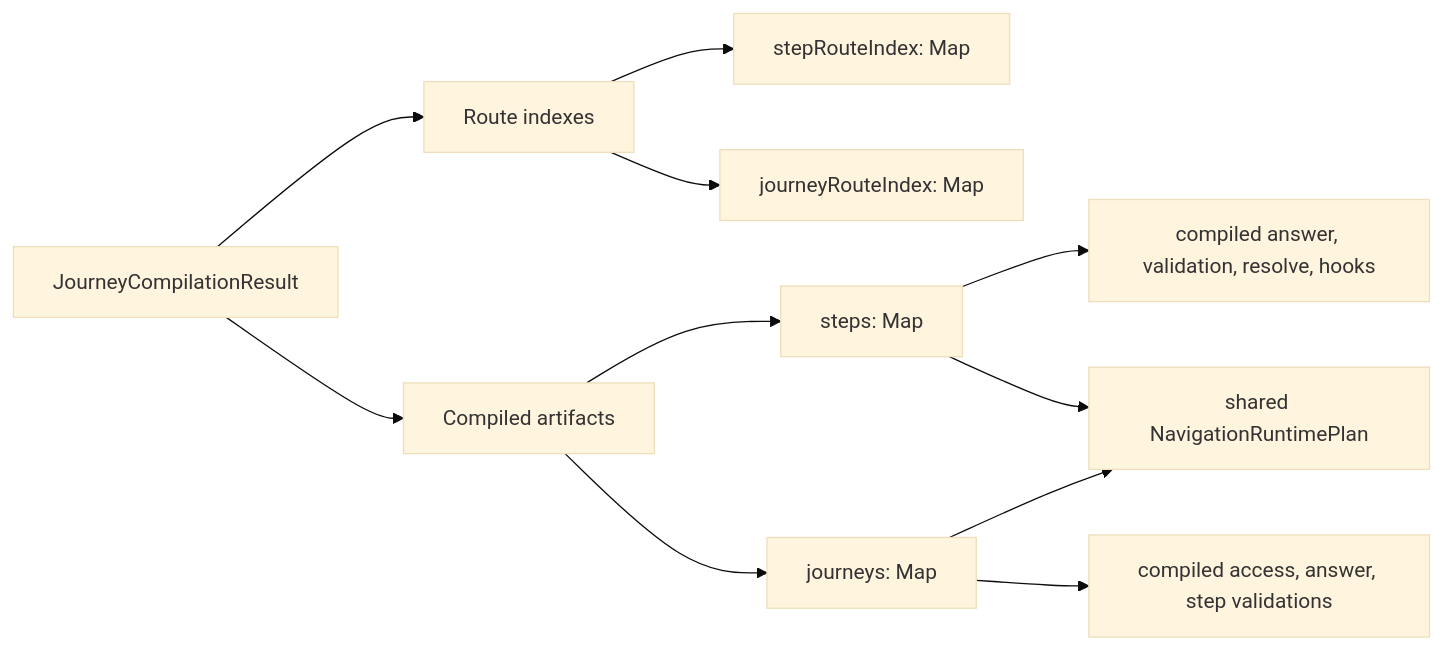
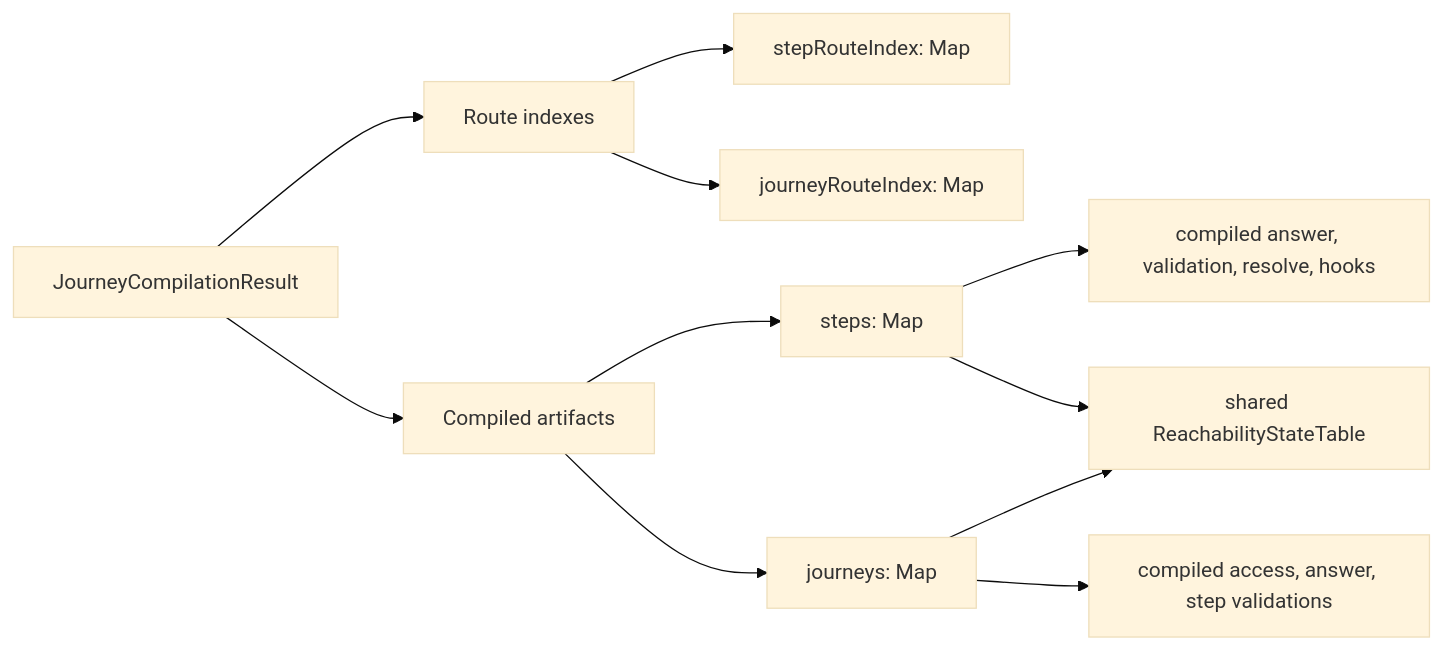
Before and after one commit to ministryofjustice/hmpps-forge: the second of 2 diagrams in packages/forge-core/src/engine/compilation/README.md, drawn with Mermaid (base theme). The commit also changed 23 other files, not shown here.

Commit message:
Replace `NavigationRuntimePlan` carrier with a pure `ReachabilityStateTable`

````diff
--- a/packages/forge-core/src/engine/compilation/README.md
+++ b/packages/forge-core/src/engine/compilation/README.md
@@ -95,13 +95,13 @@
 ```mermaid
 flowchart LR
   result["JourneyCompilationResult"] --> routeIndexes["Route indexes"]
   result --> compiledArtifacts["Compiled artifacts"]
   routeIndexes --> stepRouteIndex["stepRouteIndex: Map<NodeId, StepRouteDescriptor>"]
   routeIndexes --> journeyRouteIndex["journeyRouteIndex: Map<NodeId, JourneyRouteDescriptor>"]
   compiledArtifacts --> steps["steps: Map<NodeId, CompiledStep>"]
   compiledArtifacts --> journeys["journeys: Map<NodeId, CompiledJourney>"]
   steps --> stepFunctions["compiled answer, validation, resolve, hooks"]
   journeys --> journeyFunctions["compiled access, answer, step validations"]
-  steps --> sharedNavigation["shared NavigationRuntimePlan"]
+  steps --> sharedNavigation["shared ReachabilityStateTable"]
   journeys --> sharedNavigation
 ```
````
